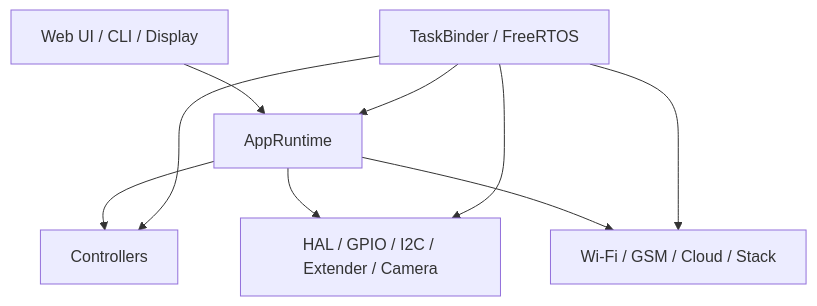
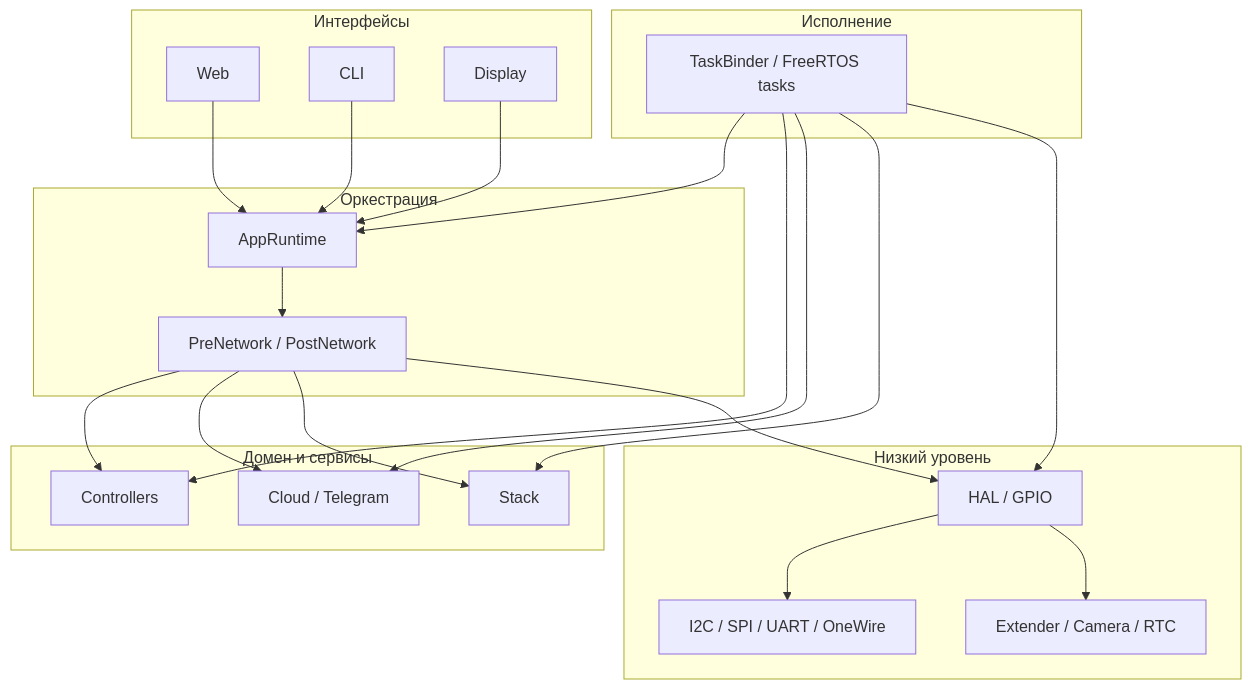
One commit to Denisov-Foundation-Limited/plc-esp2 changed the first of 6 diagrams in README.md. Above: the diagram before and after it, drawn with Mermaid. The commit also changed other lines of this file and 40 other files, not shown here.

Commit message:
Fix stack web controllers and harden LCD redraw

````diff
--- a/README.md
+++ b/README.md
@@ -22,18 +22,48 @@
 ```mermaid
 flowchart TD
-  UI[Web UI / CLI / Display]
-  RUNTIME[AppRuntime]
-  CTRL[Controllers]
-  HAL[HAL / GPIO / I2C / Extender / Camera]
-  NET[Wi-Fi / GSM / Cloud / Stack]
-  TASKS[TaskBinder / FreeRTOS]
+  subgraph UI["Интерфейсы"]
+    WEB[Web]
+    CLI[CLI]
+    DISP[Display]
+  end
 
-  UI --> RUNTIME
-  RUNTIME --> CTRL
-  RUNTIME --> HAL
-  RUNTIME --> NET
-  TASKS --> RUNTIME
+  subgraph CORE["Оркестрация"]
+    APP[AppRuntime]
+    LOOP[PreNetwork / PostNetwork]
+  end
+
+  subgraph DOMAIN["Домен и сервисы"]
+    CTRL[Controllers]
+    CLOUD[Cloud / Telegram]
+    STACK[Stack]
+  end
+
+  subgraph IO["Низкий уровень"]
+    HAL[HAL / GPIO]
+    BUS[I2C / SPI / UART / OneWire]
+    EXT[Extender / Camera / RTC]
+  end
+
+  subgraph RTOS["Исполнение"]
+    TASKS[TaskBinder / FreeRTOS tasks]
+  end
+
+  WEB --> APP
+  CLI --> APP
+  DISP --> APP
+
+  APP --> LOOP
+  LOOP --> CTRL
+  LOOP --> CLOUD
+  LOOP --> STACK
+  LOOP --> HAL
+
+  HAL --> BUS
+  HAL --> EXT
+
+  TASKS --> APP
   TASKS --> CTRL
+  TASKS --> CLOUD
+  TASKS --> STACK
   TASKS --> HAL
-  TASKS --> NET
 ```
````
